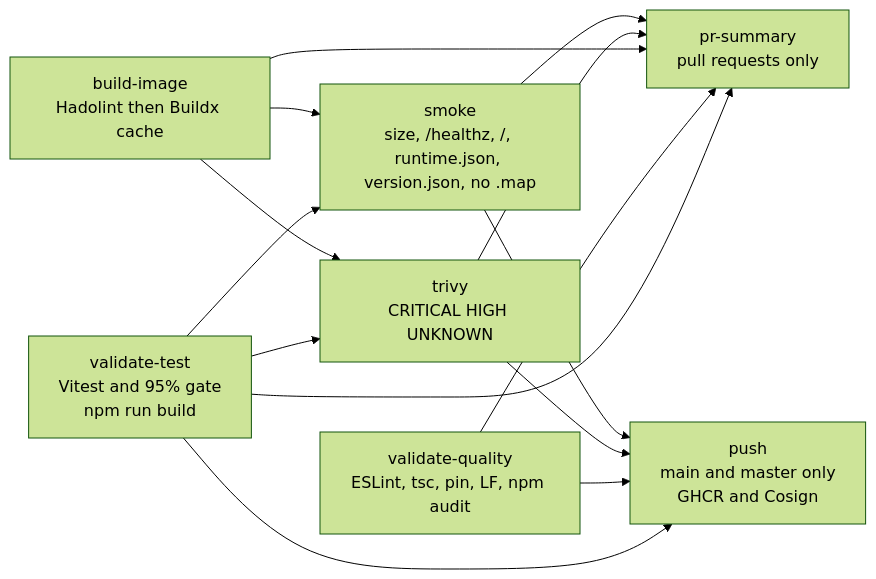
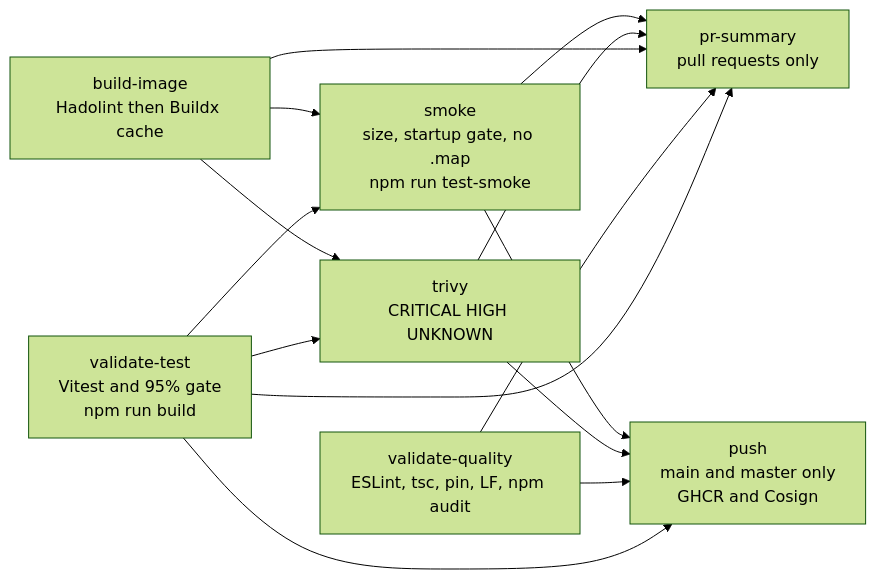
One commit to BCBP-SOLUTIONS-FZC-LLC/web-shell changed the diagram in docs/pipeline/mermaid/ci-flow.mmd. Above: the diagram before and after it, drawn with Mermaid (forest theme). The commit also changed 32 other files, not shown here.

```diff
--- a/docs/pipeline/mermaid/ci-flow.mmd
+++ b/docs/pipeline/mermaid/ci-flow.mmd
@@ -1,22 +1,22 @@
 flowchart LR
     test["validate-test\nVitest and 95% gate\nnpm run build"]
     quality["validate-quality\nESLint, tsc, pin, LF, npm audit"]
     build["build-image\nHadolint then Buildx cache"]
     trivy["trivy\nCRITICAL HIGH UNKNOWN"]
-    smoke["smoke\nsize, /healthz, /, runtime.json, version.json, no .map"]
+    smoke["smoke\nsize, startup gate, no .map\nnpm run test-smoke"]
     summary["pr-summary\npull requests only"]
     push["push\nmain and master only\nGHCR and Cosign"]
 
     test --> trivy
     build --> trivy
     test --> smoke
     build --> smoke
     test --> summary
     quality --> summary
     build --> summary
     trivy --> summary
     smoke --> summary
     test --> push
     quality --> push
     trivy --> push
     smoke --> push
```
